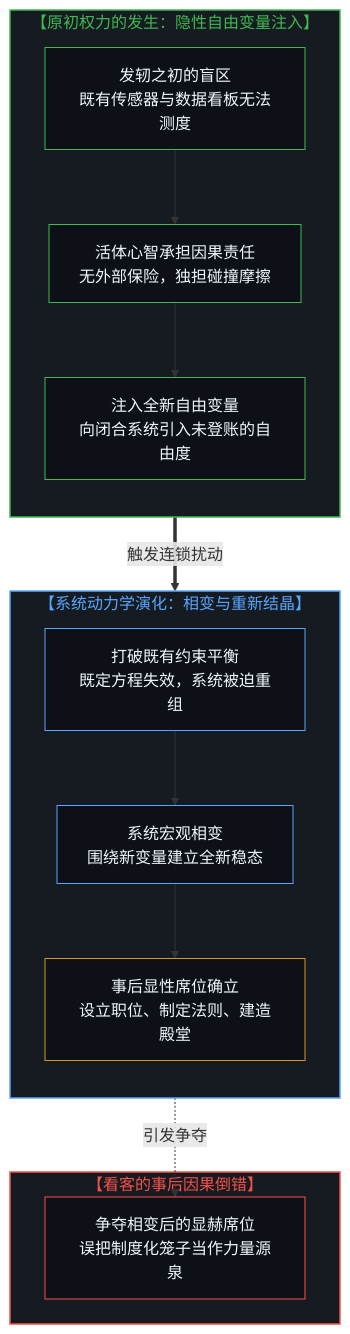
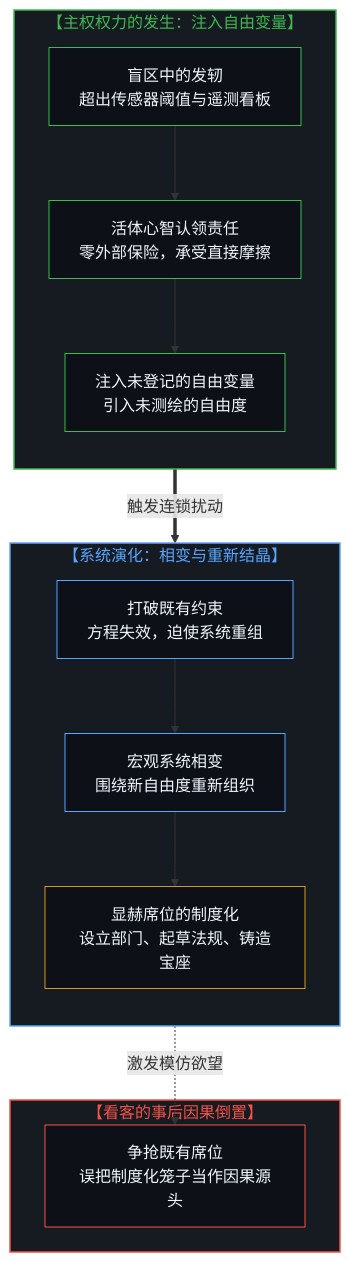
Before and after one commit to powerpig99/not-a-toe: the fifth of 6 diagrams in content/posts/the-free-variable-and-the-retrospective-illusion-of-power.md, drawn with Mermaid. The commit also changed other lines of this file and 3 other files, not shown here.

Commit message:
Refine L4 nodes (from-the-misallocated-sentience-of-agi-to-human-realignment, the-free-variable-and-the-retrospective-illusion-of-power, sympathy-is-a-placeholder-for-lack-of-clarity, the-unfrictioned-mind-and-borrowed-omnipotence) in Wave 11 /sleep

````diff
--- a/content/posts/the-free-variable-and-the-retrospective-illusion-of-power.md
+++ b/content/posts/the-free-variable-and-the-retrospective-illusion-of-power.md
@@ -197,38 +179,34 @@
 ```mermaid
 flowchart TD
-    subgraph S_FreeVar["【原初权力的发生：隐性自由变量注入】"]
+    subgraph S_FreeVar["【主权权力的发生：注入自由变量】"]
         direction TB
-        InvisibleOnset["发轫之初的盲区<br>既有传感器与数据看板无法测度"]
-        LivingMindSovereign["活体心智承担因果责任<br>无外部保险，独担碰撞摩擦"]
-        InjectFreeVar["注入全新自由变量<br>向闭合系统引入未登账的自由度"]
+        InvisibleOnset["盲区中的发轫<br>超出传感器阈值与遥测看板"]
+        LivingMindSovereign["活体心智认领责任<br>零外部保险，承受直接摩擦"]
+        InjectFreeVar["注入未登记的自由变量<br>引入未测绘的自由度"]
         InvisibleOnset --> LivingMindSovereign
         LivingMindSovereign --> InjectFreeVar
     end
-
-    subgraph S_PhaseShift["【系统动力学演化：相变与重新结晶】"]
+    subgraph S_PhaseShift["【系统演化：相变与重新结晶】"]
         direction TB
-        InternalTurmoil["打破既有约束平衡<br>既定方程失效，系统被迫重组"]
-        MacroscopicPhaseShift["系统宏观相变<br>围绕新变量建立全新稳态"]
-        CrystallizedSeats["事后显性席位确立<br>设立职位、制定法则、建造殿堂"]
+        InternalTurmoil["打破既有约束<br>方程失效，迫使系统重组"]
+        MacroscopicPhaseShift["宏观系统相变<br>围绕新自由度重新组织"]
+        CrystallizedSeats["显赫席位的制度化<br>设立部门、起草法规、铸造宝座"]
         InternalTurmoil --> MacroscopicPhaseShift
         MacroscopicPhaseShift --> CrystallizedSeats
     end
-
-    subgraph S_SpectatorIllusion["【看客的事后因果倒错】"]
-        SpectatorCovet["争夺相变后的显赫席位<br>误把制度化笼子当作力量源泉"]
+    subgraph S_SpectatorIllusion["【看客的事后因果倒置】"]
+        SpectatorCovet["争抢既有席位<br>误把制度化笼子当作因果源头"]
     end
-
     InjectFreeVar ==>|"触发连锁扰动"| InternalTurmoil
-    CrystallizedSeats -.->|"引发争夺"| SpectatorCovet
-
+    CrystallizedSeats -.->|"激发模仿欲望"| SpectatorCovet
     style S_FreeVar fill:#161b22,stroke:#3fb950,stroke-width:1.5px,color:#3fb950
     style S_PhaseShift fill:#161b22,stroke:#58a6ff,stroke-width:1.5px,color:#58a6ff
     style S_SpectatorIllusion fill:#161b22,stroke:#f85149,stroke-width:1.5px,color:#f85149
     style InvisibleOnset fill:#0d1117,stroke:#3fb950,stroke-width:1px,color:#f0f6fc
     style LivingMindSovereign fill:#0d1117,stroke:#3fb950,stroke-width:1px,color:#f0f6fc
     style InjectFreeVar fill:#0d1117,stroke:#3fb950,stroke-width:1px,color:#f0f6fc
     style InternalTurmoil fill:#0d1117,stroke:#58a6ff,stroke-width:1px,color:#f0f6fc
     style MacroscopicPhaseShift fill:#0d1117,stroke:#58a6ff,stroke-width:1px,color:#f0f6fc
     style CrystallizedSeats fill:#0d1117,stroke:#d29922,stroke-width:1px,color:#f0f6fc
     style SpectatorCovet fill:#0d1117,stroke:#f85149,stroke-width:1px,color:#f0f6fc
 ```
````
